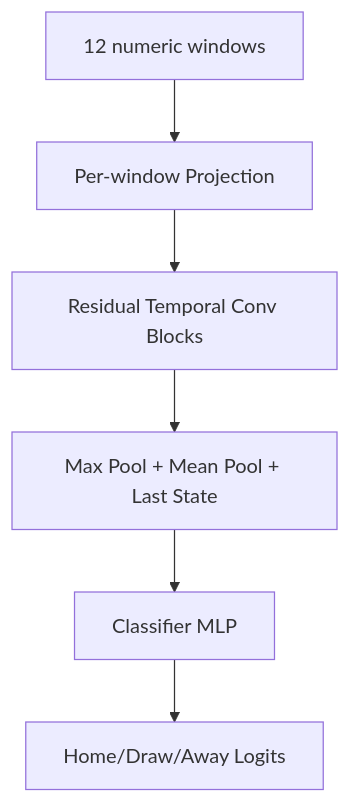
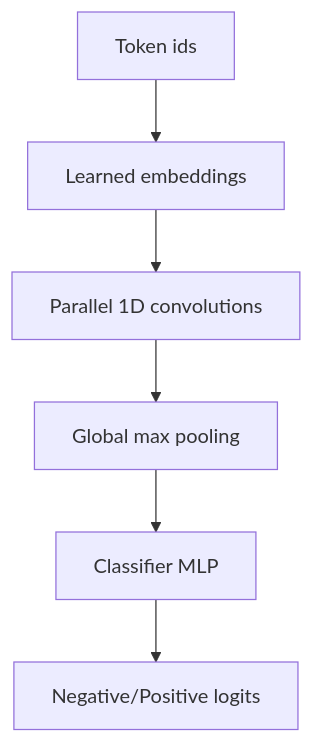
Before and after one commit to oguzhanozkaya/chess-position-recognition: the third of 3 diagrams in docs/architecture.md, drawn with Mermaid. The commit also changed other lines of this file and 14 other files, not shown here.

````diff
--- a/docs/architecture.md
+++ b/docs/architecture.md
@@ -86,8 +78,8 @@
 ```mermaid
 flowchart TD
-    A[12 numeric windows] --> B[Per-window Projection]
-    B --> C[Residual Temporal Conv Blocks]
-    C --> D[Max Pool + Mean Pool + Last State]
+    A[Token ids] --> B[Learned embeddings]
+    B --> C[Parallel 1D convolutions]
+    C --> D[Global max pooling]
     D --> E[Classifier MLP]
-    E --> F[Home/Draw/Away Logits]
+    E --> F[Negative/Positive logits]
 ```
````
